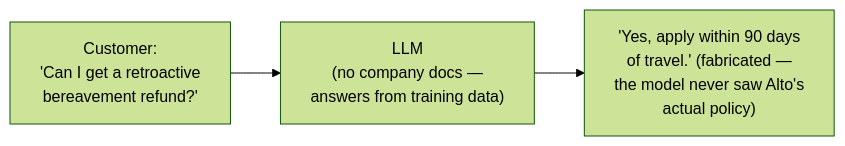
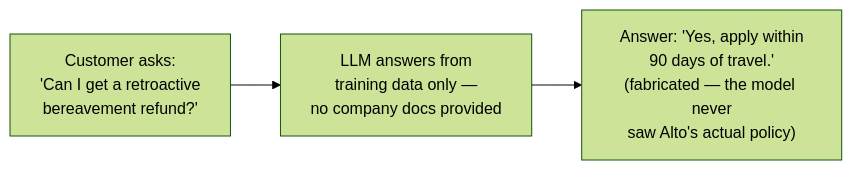
Before and after one commit to riyaz-pasha/Learnings: the first of 13 diagrams in system-design/HLD/0-course/44-Design-a-LLM-Customer-Support-Bot-FAANG-Guide-story.md, drawn with Mermaid (forest theme). The commit also changed other lines of this file and 1 other file, not shown here.

Commit message:
[REWRITE] LLM Customer Support Bot story guide: simplify prose, add structure, fix diagrams

````diff
--- a/system-design/HLD/0-course/44-Design-a-LLM-Customer-Support-Bot-FAANG-Guide-story.md
+++ b/system-design/HLD/0-course/44-Design-a-LLM-Customer-Support-Bot-FAANG-Guide-story.md
@@ -19,5 +69,8 @@
 ```mermaid
 flowchart LR
-    U["Customer:\n'Can I get a retroactive\nbereavement refund?'"] --> LLM["LLM\n(no company docs —\nanswers from training data)"]
-    LLM --> A["'Yes, apply within 90 days\nof travel.' (fabricated —\nthe model never saw Alto's\nactual policy)"]
+    U["Customer asks:<br/>'Can I get a retroactive<br/>bereavement refund?'"]
+    LLM["LLM answers from<br/>training data only —<br/>no company docs provided"]
+    A["Answer: 'Yes, apply within<br/>90 days of travel.'<br/>(fabricated — the model never<br/>saw Alto's actual policy)"]
+
+    U --> LLM --> A
 ```
````
